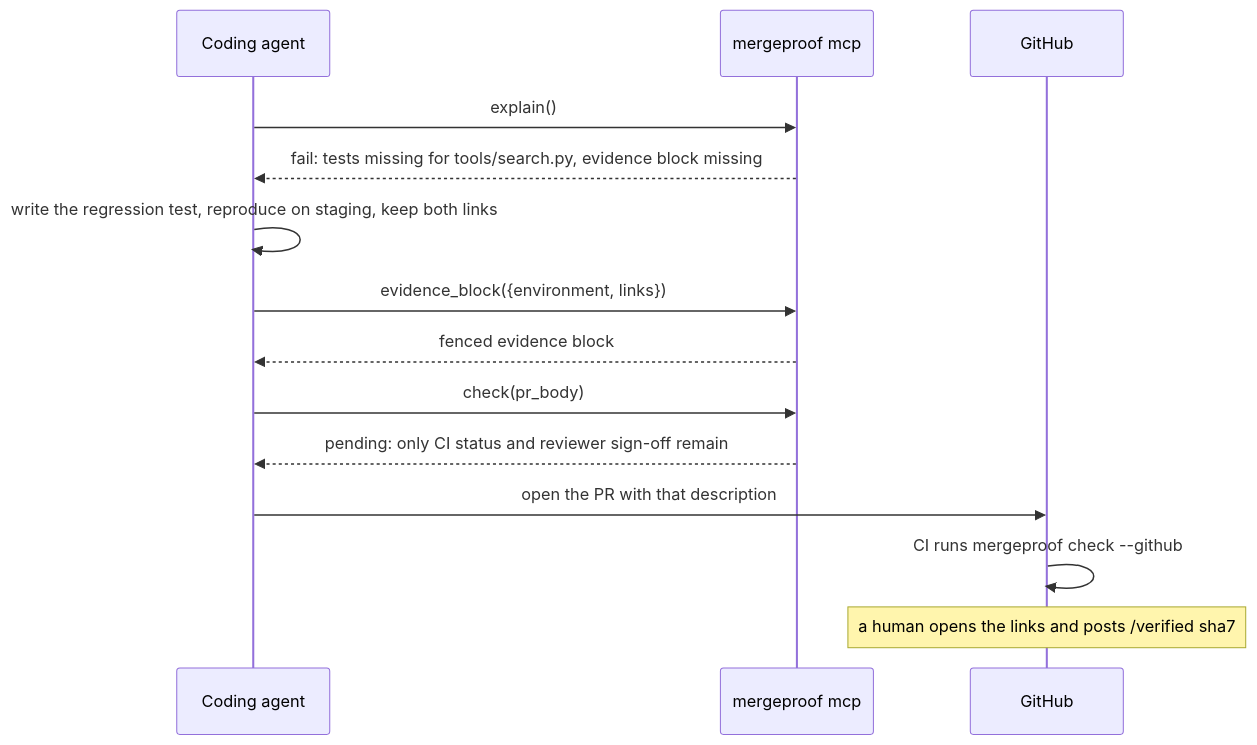
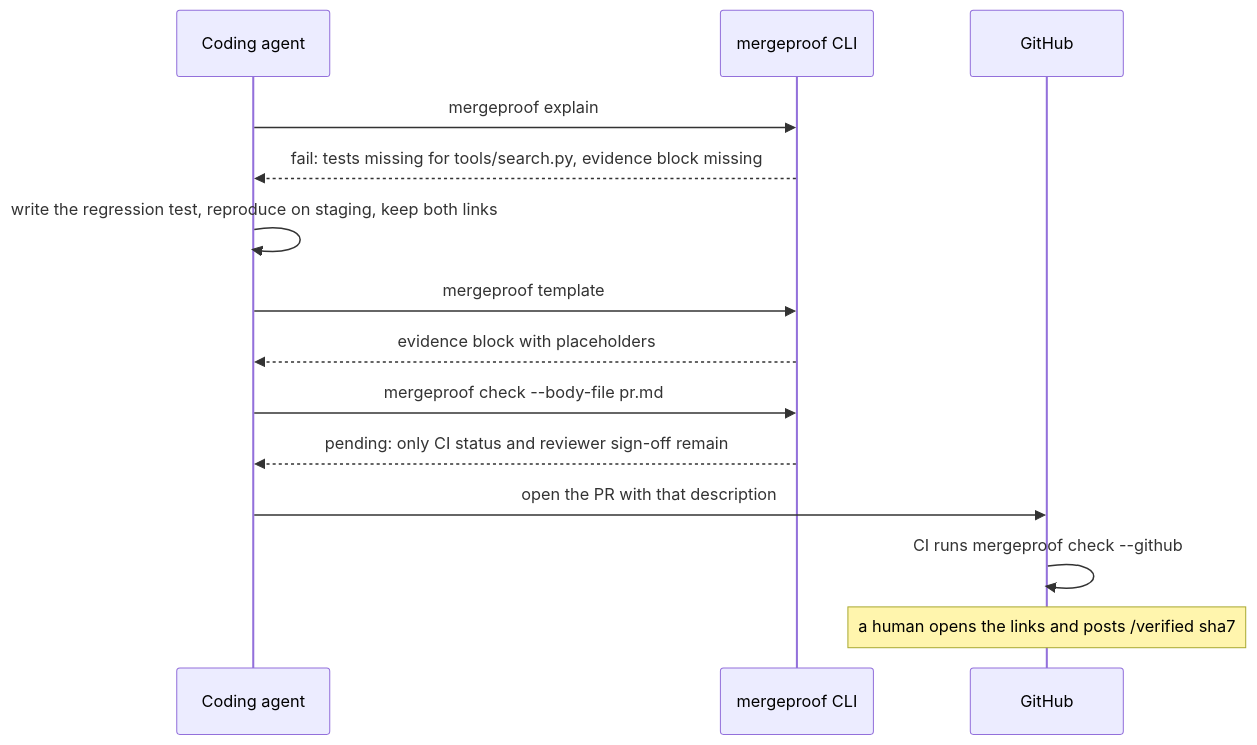
The diagram in docs/agents.md (Aryamanz29/mergeproof), drawn with Mermaid before and after one commit. The commit also changed other lines of this file and 17 other files, not shown here.

````diff
--- a/docs/agents.md
+++ b/docs/agents.md
@@ -50,16 +32,16 @@
 ```mermaid
 sequenceDiagram
     participant A as Coding agent
-    participant M as mergeproof mcp
+    participant M as mergeproof CLI
     participant G as GitHub
-    A->>M: explain()
+    A->>M: mergeproof explain
     M-->>A: fail: tests missing for tools/search.py, evidence block missing
     A->>A: write the regression test, reproduce on staging, keep both links
-    A->>M: evidence_block({environment, links})
-    M-->>A: fenced evidence block
-    A->>M: check(pr_body)
+    A->>M: mergeproof template
+    M-->>A: evidence block with placeholders
+    A->>M: mergeproof check --body-file pr.md
     M-->>A: pending: only CI status and reviewer sign-off remain
     A->>G: open the PR with that description
     G->>G: CI runs mergeproof check --github
     Note over G: a human opens the links and posts /verified sha7
 ```
````
